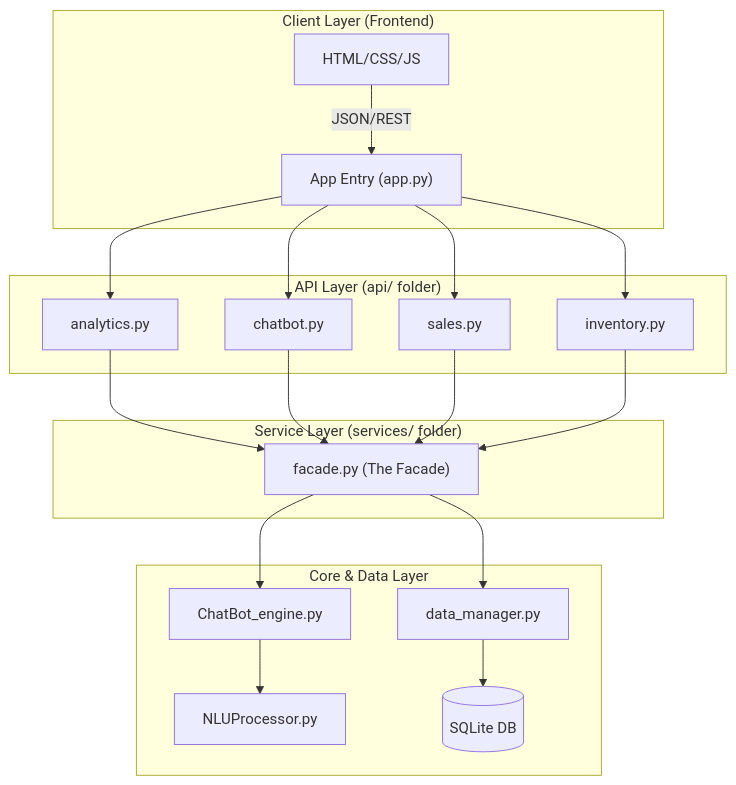
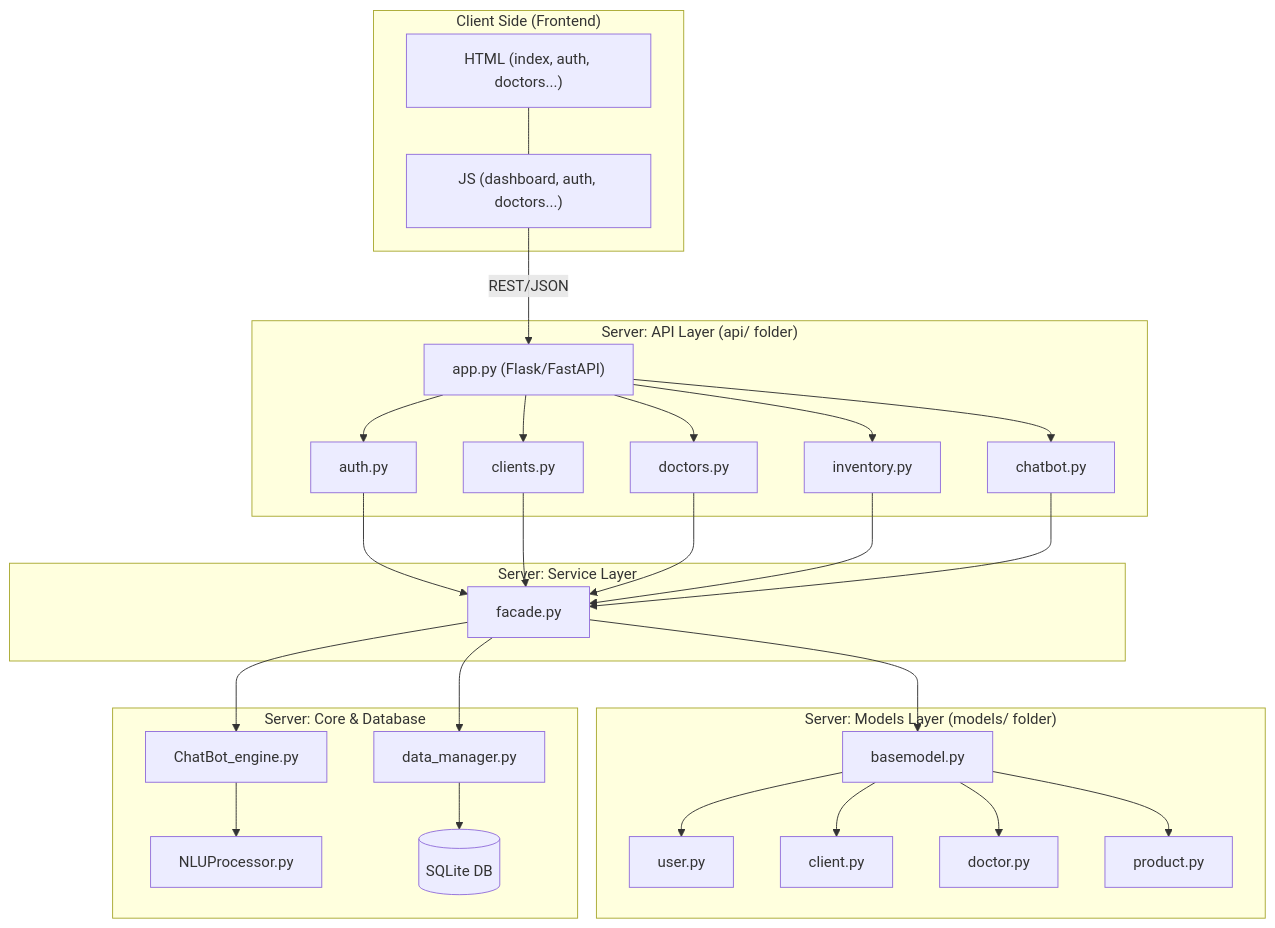
One commit to Mathieu7483/Portfolio changed the diagram in documentation.md. Above: the diagram before and after it, drawn with Mermaid. The commit also changed other lines of this file, not shown here.

First line of the commit message:
Revise documentation for architecture and API updates

````diff
--- a/documentation.md
+++ b/documentation.md
@@ -19,25 +19,39 @@
 ```mermaid
 graph TD
-    subgraph Client_Side["Client Layer (Frontend)"]
-        UI["HTML/CSS/JS"] -- JSON/REST --> Router["App Entry (app.py)"]
+    subgraph Client_Layer["Client Side (Frontend)"]
+        UI["HTML (index, auth, doctors...)"]
+        JS["JS (dashboard, auth, doctors...)"]
+        UI --- JS
     end
 
-    subgraph API_Layer["API Layer (api/ folder)"]
-        Router --> BA["analytics.py"]
-        Router --> BC["chatbot.py"]
-        Router --> BS["sales.py"]
-        Router --> BI["inventory.py"]
+    subgraph API_Layer["Server: API Layer (api/ folder)"]
+        Router["app.py (Flask/FastAPI)"]
+        Router --> A_AUTH["auth.py"]
+        Router --> A_CLI["clients.py"]
+        Router --> A_DOC["doctors.py"]
+        Router --> A_INV["inventory.py"]
+        Router --> A_CB["chatbot.py"]
     end
 
-    subgraph Service_Layer["Service Layer (services/ folder)"]
-        BA & BC & BS & BI --> F["facade.py (The Facade)"]
+    subgraph Service_Layer["Server: Service Layer"]
+        A_AUTH & A_CLI & A_DOC & A_INV & A_CB --> F["facade.py"]
     end
 
-    subgraph Logic_Layer["Core & Data Layer"]
-        F --> CBE["ChatBot_engine.py"]
-        F --> DBM["data_manager.py"]
-        CBE --> NLU["NLUProcessor.py"]
-        DBM --> SQL[("SQLite DB")]
+    subgraph Model_Layer["Server: Models Layer (models/ folder)"]
+        F --> BM["basemodel.py"]
+        BM --> M_USR["user.py"]
+        BM --> M_CLI["client.py"]
+        BM --> M_DOC["doctor.py"]
+        BM --> M_PRO["product.py"]
     end
 
+    subgraph Logic_Data_Layer["Server: Core & Database"]
+        F --> CBE["ChatBot_engine.py"]
+        CBE --> NLU["NLUProcessor.py"]
+        F --> DBM["data_manager.py"]
+        DBM --> DB[("SQLite DB")]
+    end
+
+    JS -- "REST/JSON" --> Router
+
 ```
````
